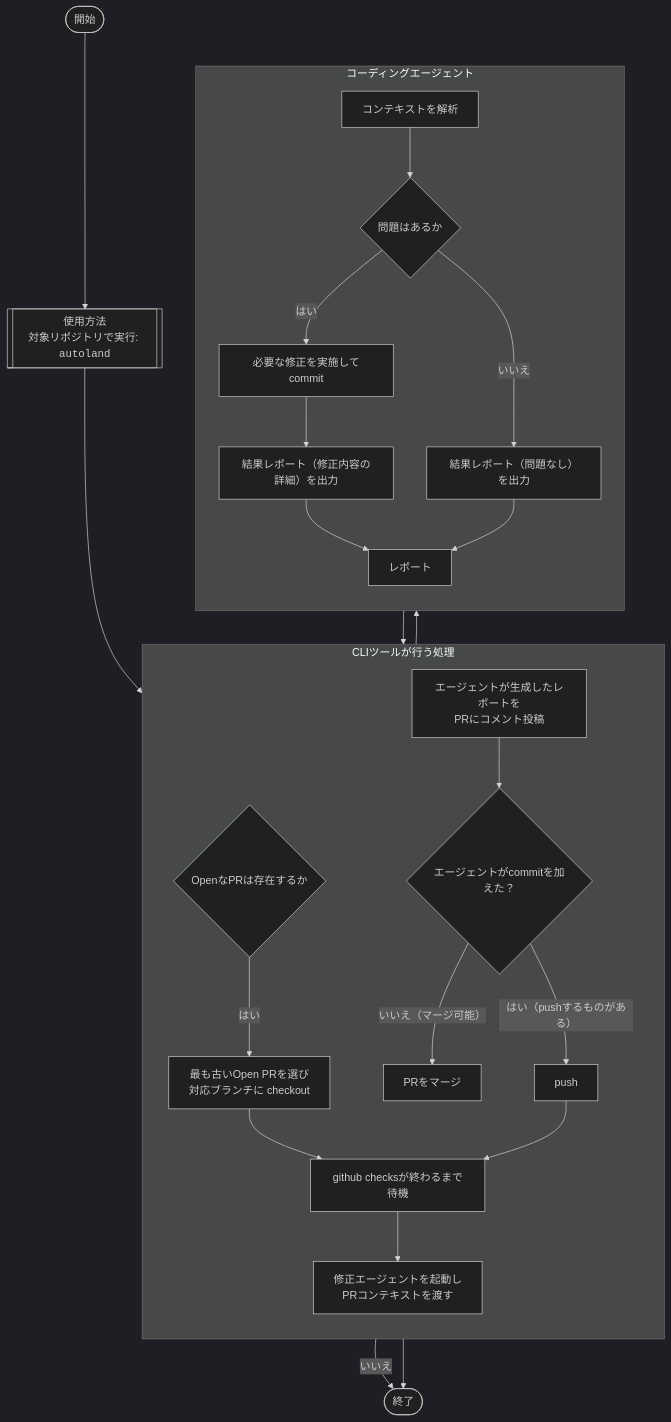
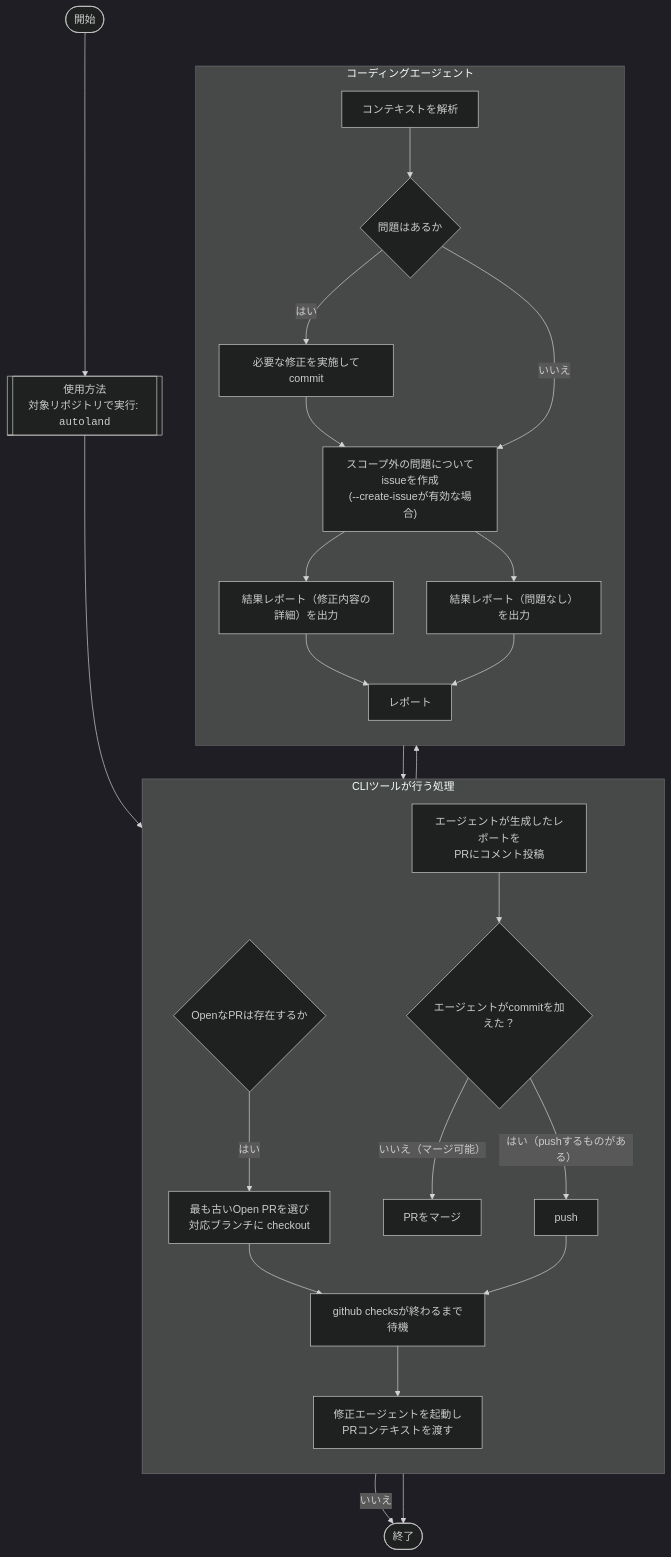
One commit to abc1nc/ai-autoland changed the diagram in README.ja.md. Above: the diagram before and after it, drawn with Mermaid (dark theme). The commit also changed 7 other files, not shown here.

Commit message:
feat: Add --create-issue flag to defer out-of-scope problems (#2)

````diff
--- a/README.ja.md
+++ b/README.ja.md
@@ -46,40 +46,41 @@
 ```mermaid
 flowchart TD
   Start(["開始"]) --> Use[["使用方法<br>対象リポジトリで実行: <code>autoland</code>"]]
 
   subgraph CLI["CLIツールが行う処理"]
     direction TB
     C0{"OpenなPRは存在するか"}
     C1["最も古いOpen PRを選び<br>対応ブランチに checkout"]
     C2["github checksが終わるまで待機"]
     C3["修正エージェントを起動し<br>PRコンテキストを渡す"]
     C6["エージェントが生成したレポートを<br>PRにコメント投稿"]
     C4{"エージェントがcommitを加えた？"}
     C5["push"]
     C8["PRをマージ"]
   end
 
   subgraph AG["コーディングエージェント"]
     direction TB
     A1["コンテキストを解析"]
     A2{"問題はあるか"}
     A3["必要な修正を実施してcommit"]
+    A5["スコープ外の問題についてissueを作成<br>(--create-issueが有効な場合)"]
     A4_fix["結果レポート（修正内容の詳細）を出力"]
     A4_ok["結果レポート（問題なし）を出力"]
     A_OUT["レポート"]
   end
 
   Use --> C0
   C0 -- はい --> C1 --> C2
   C0 -- いいえ --> End(["終了"])
 
   C2 --> C3 --> A1 --> A2
-  A2 -- はい --> A3 --> A4_fix --> A_OUT
-  A2 -- いいえ --> A4_ok --> A_OUT
+  A2 -- はい --> A3 --> A5 --> A4_fix --> A_OUT
+  A2 -- いいえ --> A5 --> A4_ok --> A_OUT
 
   A_OUT --> C6
 
   C6 --> C4
   C4 -- いいえ（マージ可能） --> C8 --> End
   C4 -- はい（pushするものがある） --> C5 --> C2
 ```
````
